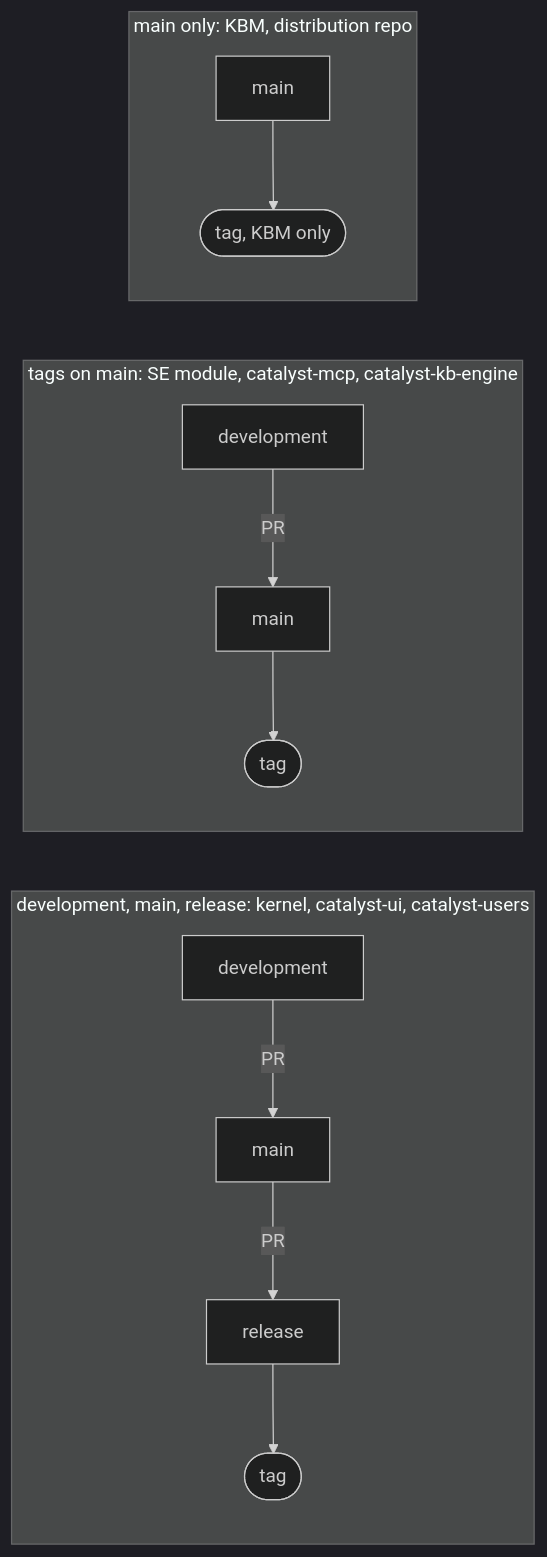
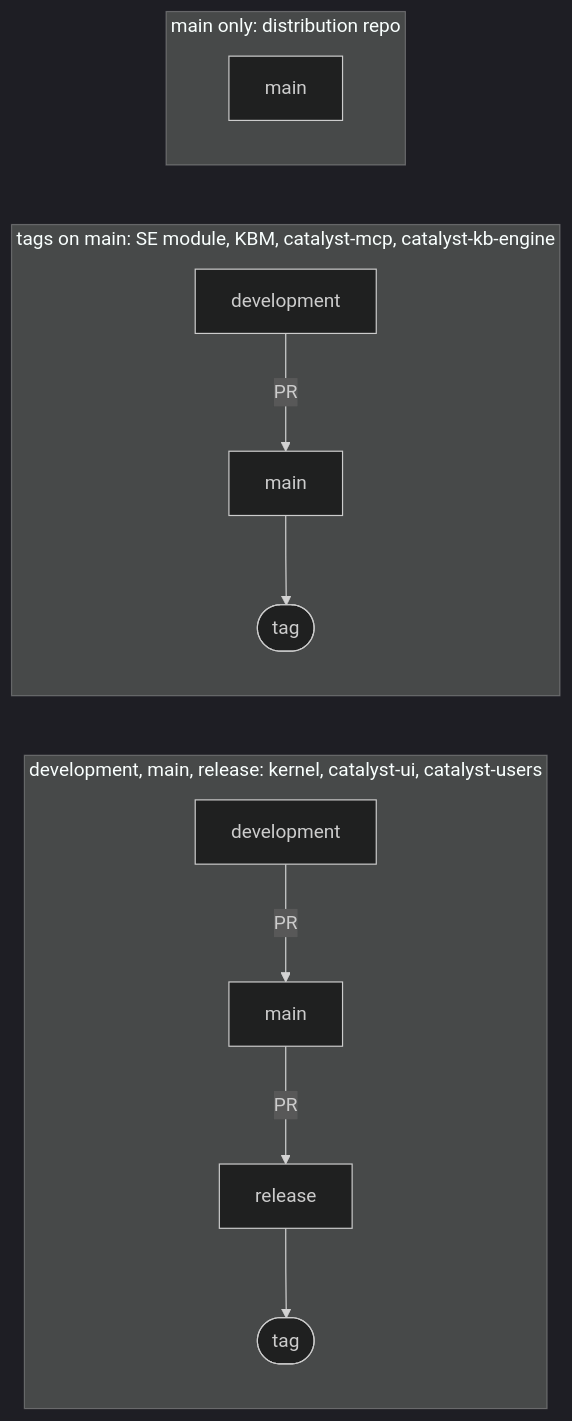
One commit to cantica-tech/catalyst-docs changed the first of 12 diagrams in docs/guide/manual/80-oddities.md. Above: the diagram before and after it, drawn with Mermaid (dark theme). The commit also changed other lines of this file and 9 other files, not shown here.

````diff
--- a/docs/guide/manual/80-oddities.md
+++ b/docs/guide/manual/80-oddities.md
@@ -61,12 +62,12 @@
 ```mermaid
 flowchart LR
   subgraph three["development, main, release: kernel, catalyst-ui, catalyst-users"]
     d1["development"] -->|"PR"| m1["main"] -->|"PR"| r1["release"] --> t1(["tag"])
   end
-  subgraph tagmain["tags on main: SE module, catalyst-mcp, catalyst-kb-engine"]
+  subgraph tagmain["tags on main: SE module, KBM, catalyst-mcp, catalyst-kb-engine"]
     d2["development"] -->|"PR"| m2["main"] --> t2(["tag"])
   end
-  subgraph mainonly["main only: KBM, distribution repo"]
-    m3["main"] --> t3(["tag, KBM only"])
+  subgraph mainonly["main only: distribution repo"]
+    m3["main"]
   end
 ```
````
